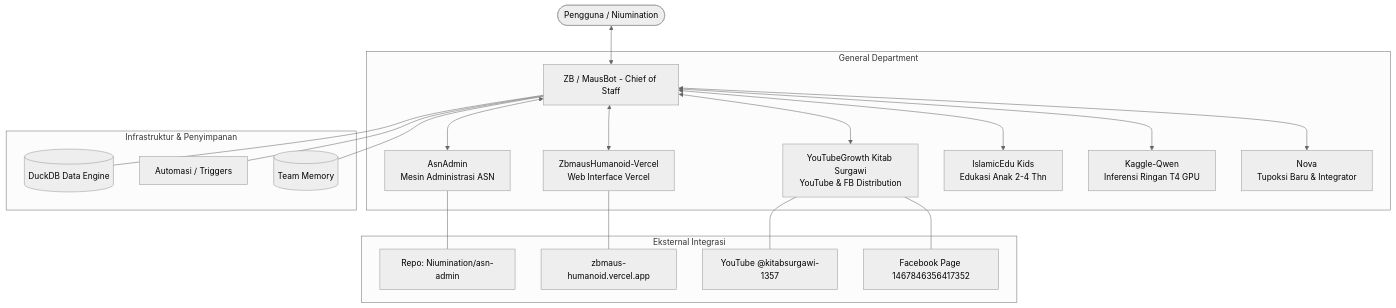
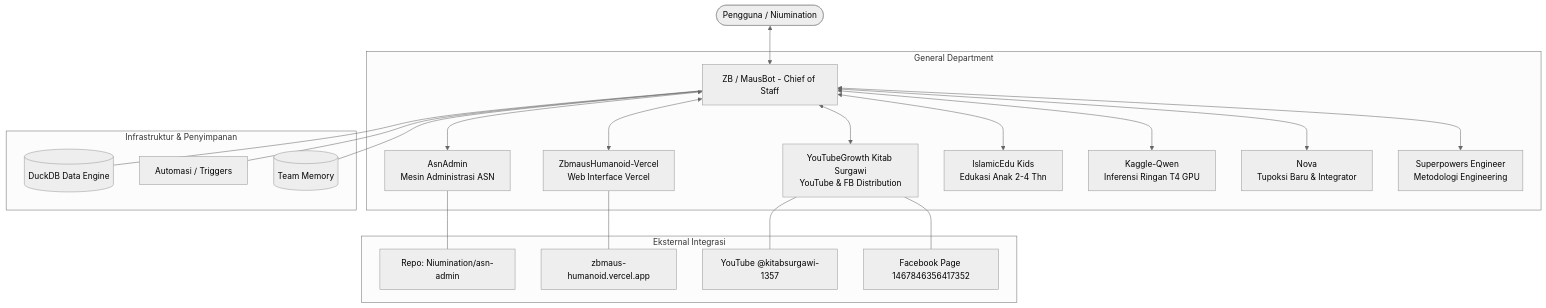
The diagram in ecosystem/architecture/overview.md (Niumination/zbmaus-vela-eco), drawn with Mermaid (neutral theme) before and after one commit. The commit also changed other lines of this file, not shown here.

Commit message:
docs: add Superpowers Engineer to architecture diagram

````diff
--- a/ecosystem/architecture/overview.md
+++ b/ecosystem/architecture/overview.md
@@ -3,26 +3,27 @@
 ```mermaid
 graph TD
     User([Pengguna / Niumination]) <--> ZB[ZB / MausBot - Chief of Staff]
     
     subgraph General Department
         ZB <--> AsnAdmin[AsnAdmin<br/>Mesin Administrasi ASN]
         ZB <--> Humanoid[ZbmausHumanoid-Vercel<br/>Web Interface Vercel]
         ZB <--> YTG[YouTubeGrowth Kitab Surgawi<br/>YouTube & FB Distribution]
         ZB <--> IslamicEdu[IslamicEdu Kids<br/>Edukasi Anak 2-4 Thn]
         ZB <--> KaggleQwen[Kaggle-Qwen<br/>Inferensi Ringan T4 GPU]
         ZB <--> Nova[Nova<br/>Tupoksi Baru & Integrator]
+        ZB <--> SPE[Superpowers Engineer<br/>Metodologi Engineering]
     end
 
     subgraph Infrastruktur & Penyimpanan
         ZB --- DuckDB[(DuckDB Data Engine)]
         ZB --- Routines[Automasi / Triggers]
         ZB --- TeamMemory[(Team Memory)]
     end
 
     subgraph Eksternal Integrasi
         AsnAdmin --- RepoASN[Repo: Niumination/asn-admin]
         Humanoid --- VercelApp[zbmaus-humanoid.vercel.app]
         YTG --- YouTubeChannel[YouTube @kitabsurgawi-1357]
         YTG --- FBPage[Facebook Page 1467846356417352]
     end
 ```
````
